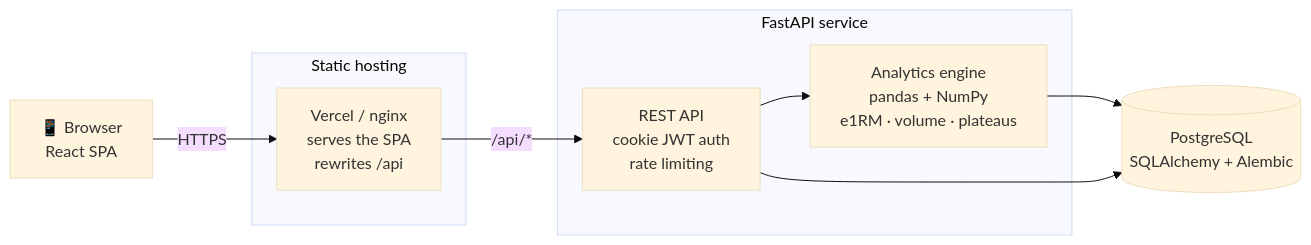
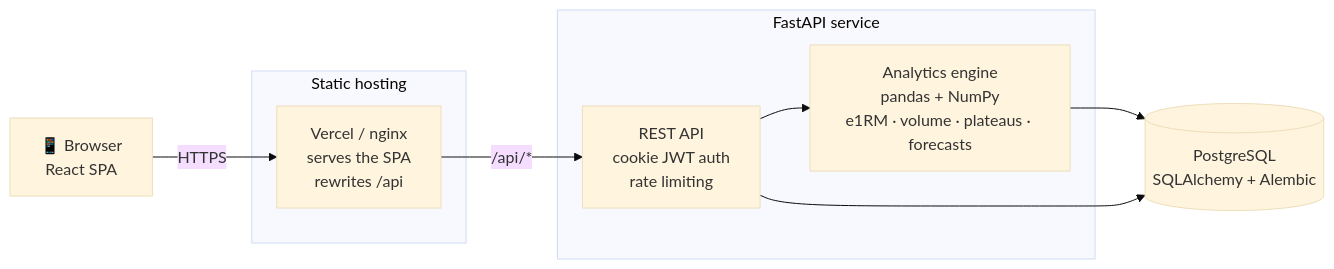
One commit to danialco9/gym-tracker changed the diagram in README.md. Above: the diagram before and after it, drawn with Mermaid (base theme). The commit also changed other lines of this file, not shown here.

````diff
--- a/README.md
+++ b/README.md
@@ -145,18 +168,18 @@
 ```mermaid
 flowchart LR
     U["📱 Browser<br/>React SPA"]
     subgraph edge["Static hosting"]
         V["Vercel / nginx<br/>serves the SPA<br/>rewrites /api"]
     end
     subgraph api["FastAPI service"]
         R["REST API<br/>cookie JWT auth<br/>rate limiting"]
-        A["Analytics engine<br/>pandas + NumPy<br/>e1RM · volume · plateaus"]
+        A["Analytics engine<br/>pandas + NumPy<br/>e1RM · volume · plateaus · forecasts"]
     end
     DB[("PostgreSQL<br/>SQLAlchemy + Alembic")]
 
     U -->|HTTPS| V
     V -->|"/api/*"| R
     R --> A
     A --> DB
     R --> DB
 ```
````
